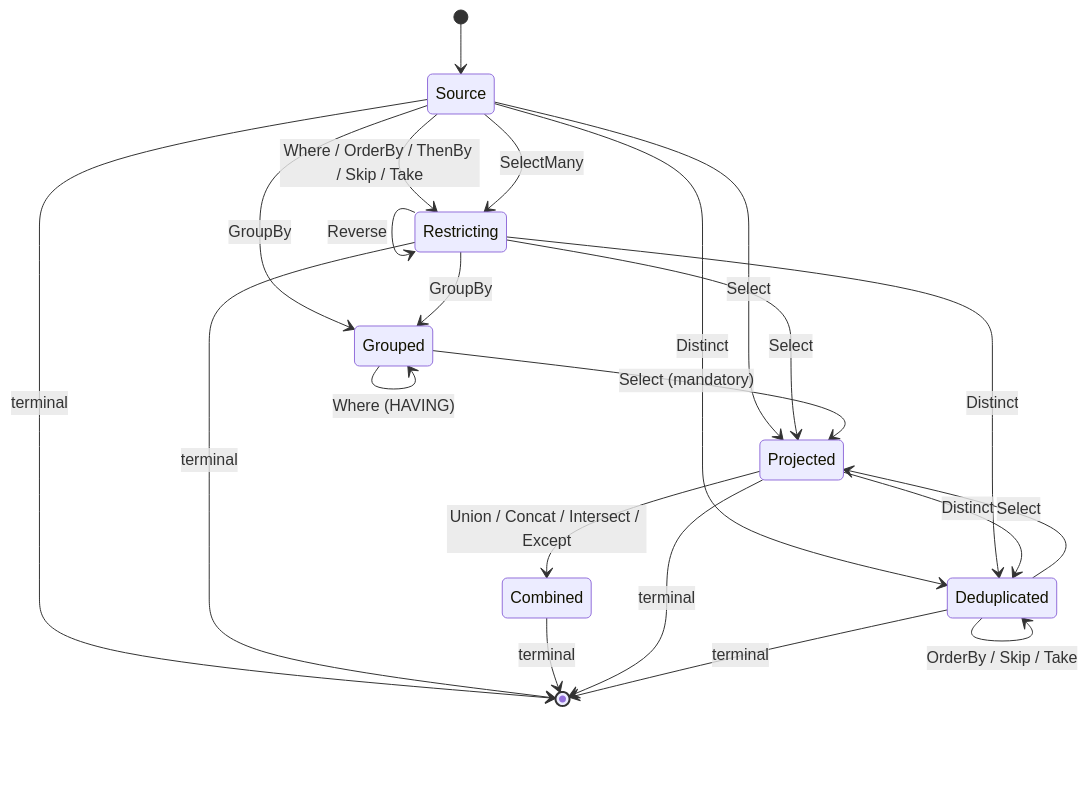
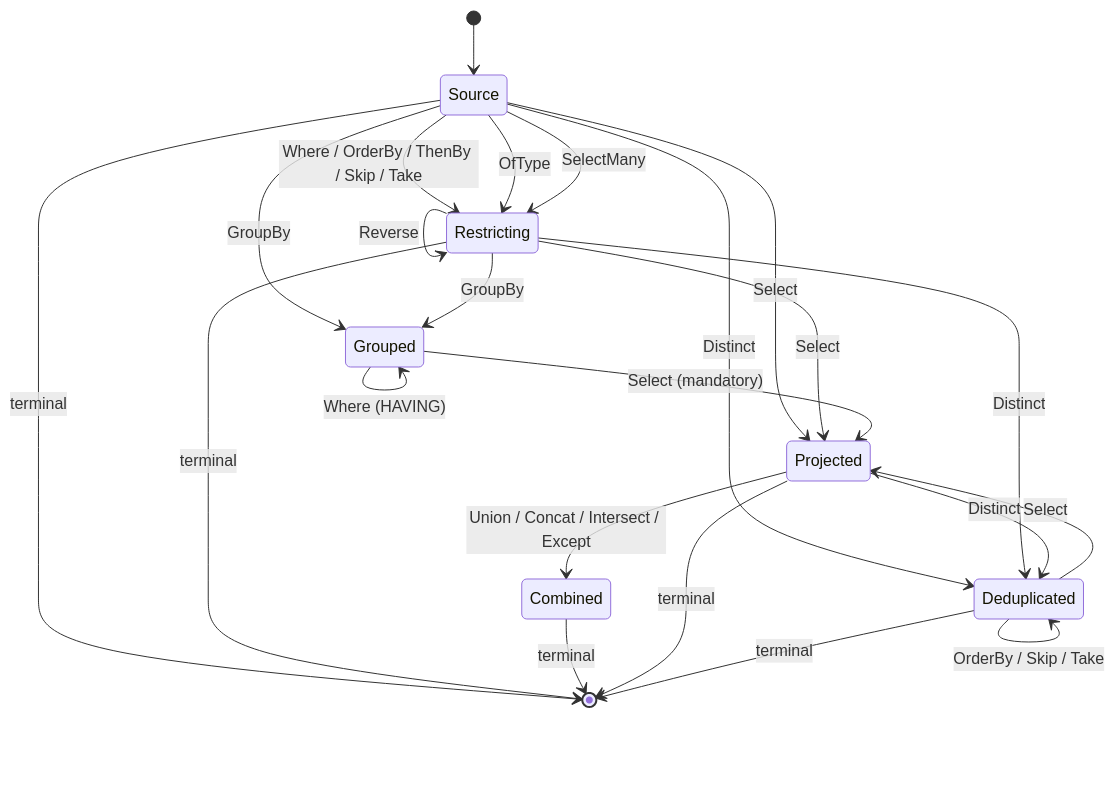
Before and after one commit to Papyrine/Scry: the diagram in docs/includes/pipeline-order.include.md, drawn with Mermaid. The commit also changed other lines of this file and 50 other files, not shown here.

````diff
--- a/docs/includes/pipeline-order.include.md
+++ b/docs/includes/pipeline-order.include.md
@@ -3,27 +3,29 @@
 ```mermaid
 stateDiagram-v2
     direction TB
     [*] --> Source
     Source --> Restricting: Where / OrderBy / ThenBy / Skip / Take
     Restricting --> Restricting: (any order, any number)
+    Source --> Restricting: OfType
+    Restricting --> Restricting: OfType
     Source --> Restricting: SelectMany
     Restricting --> Restricting: SelectMany
     Source --> Grouped: GroupBy
     Restricting --> Grouped: GroupBy
     Grouped --> Grouped: Where (HAVING)
     Restricting --> Restricting: Reverse
     Source --> Projected: Select
     Restricting --> Projected: Select
     Grouped --> Projected: Select (mandatory)
     Source --> Deduplicated: Distinct
     Restricting --> Deduplicated: Distinct
     Projected --> Deduplicated: Distinct
     Deduplicated --> Projected: Select
     Deduplicated --> Deduplicated: OrderBy / Skip / Take
     Source --> [*]: terminal
     Restricting --> [*]: terminal
     Projected --> Combined: Union / Concat / Intersect / Except
     Combined --> [*]: terminal
     Projected --> [*]: terminal
     Deduplicated --> [*]: terminal
 ```
````
